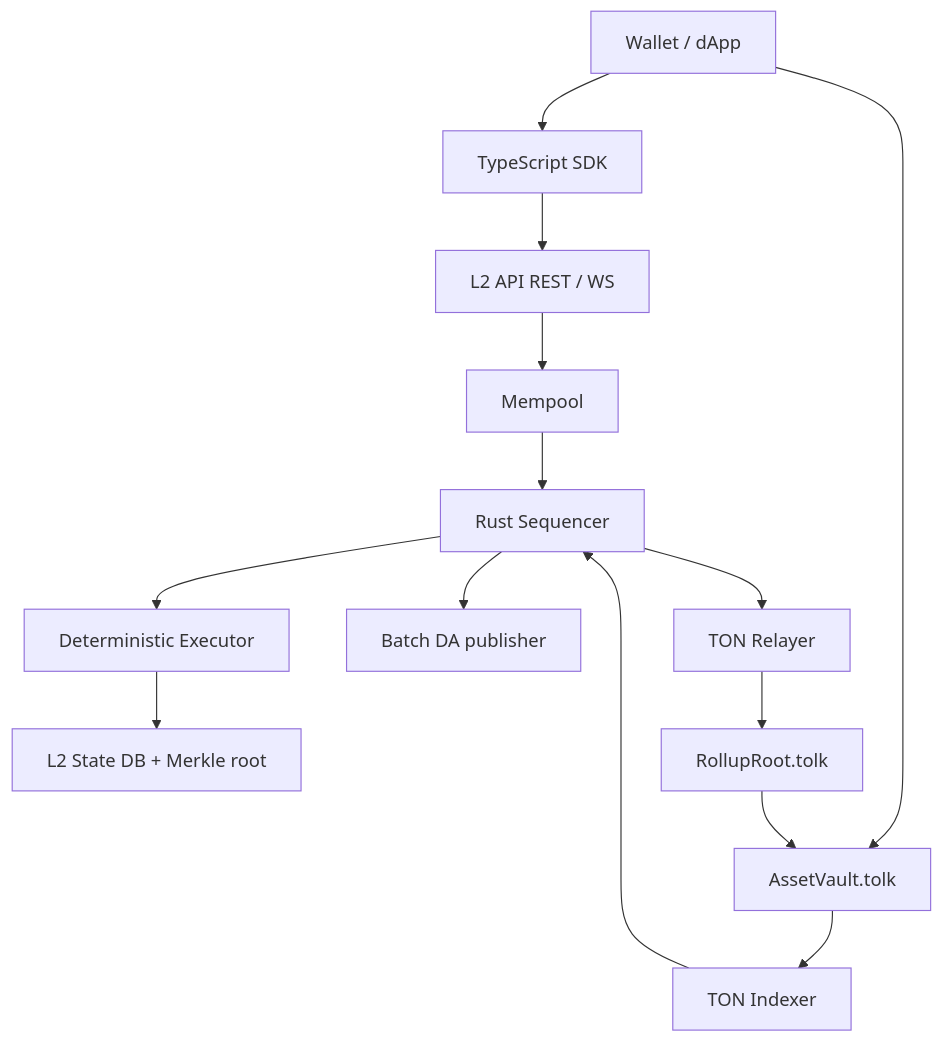
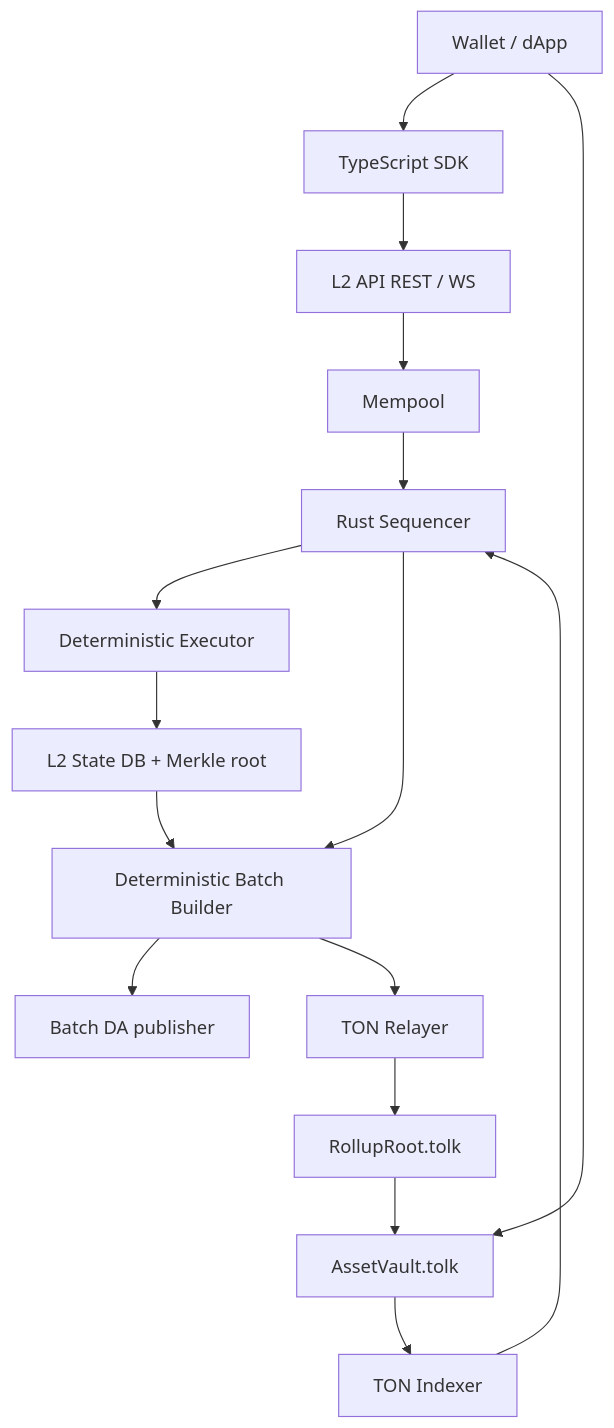
Before and after one commit to SoftwareMaestro16/L2-Layer: the diagram in docs/architecture.md, drawn with Mermaid. The commit also changed 5 other files, not shown here.

Commit message:
refactor(l2-core): split deterministic batch builder

````diff
--- a/docs/architecture.md
+++ b/docs/architecture.md
@@ -3,16 +3,18 @@
 ```mermaid
 flowchart TB
   User["Wallet / dApp"] --> SDK["TypeScript SDK"]
   SDK --> API["L2 API REST / WS"]
   API --> Mempool["Mempool"]
   Mempool --> Sequencer["Rust Sequencer"]
   Indexer["TON Indexer"] --> Sequencer
   Sequencer --> Executor["Deterministic Executor"]
   Executor --> State["L2 State DB + Merkle root"]
-  Sequencer --> DA["Batch DA publisher"]
-  Sequencer --> Relayer["TON Relayer"]
+  Sequencer --> Builder["Deterministic Batch Builder"]
+  State --> Builder
+  Builder --> DA["Batch DA publisher"]
+  Builder --> Relayer["TON Relayer"]
   Relayer --> Root["RollupRoot.tolk"]
   User --> Vault["AssetVault.tolk"]
   Root --> Vault
   Vault --> Indexer
 ```
````
